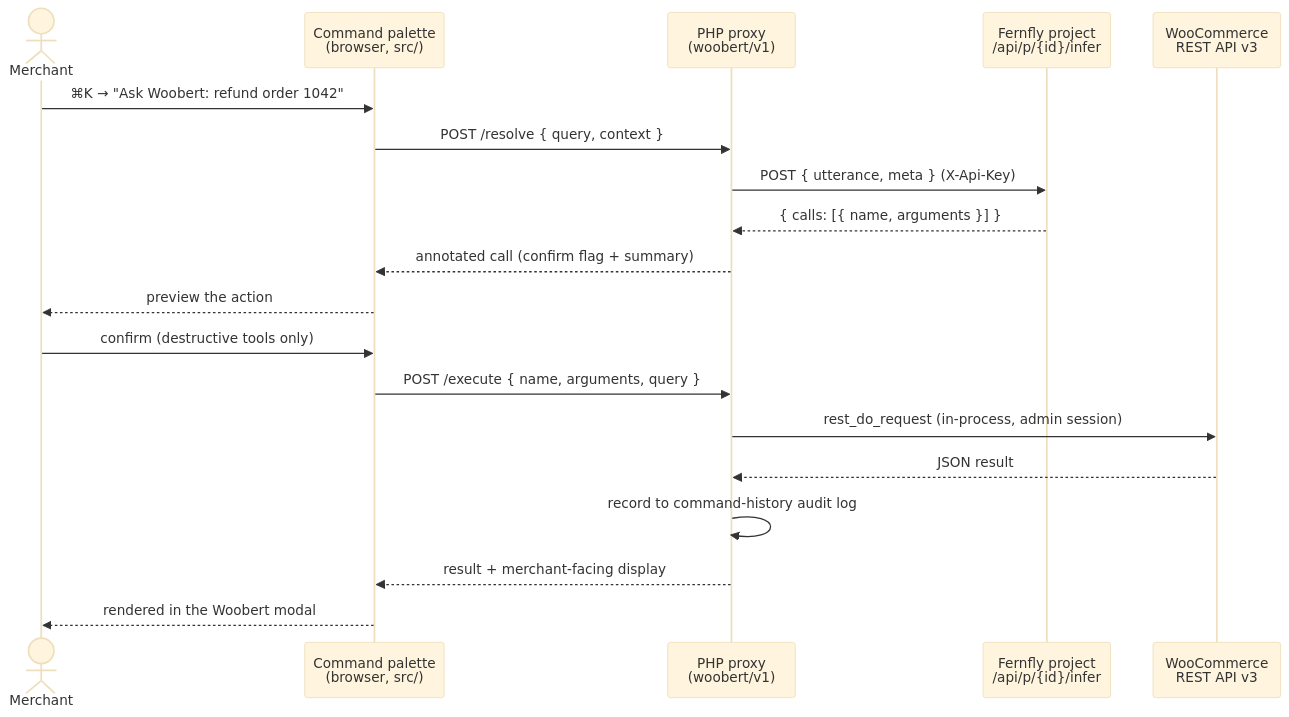
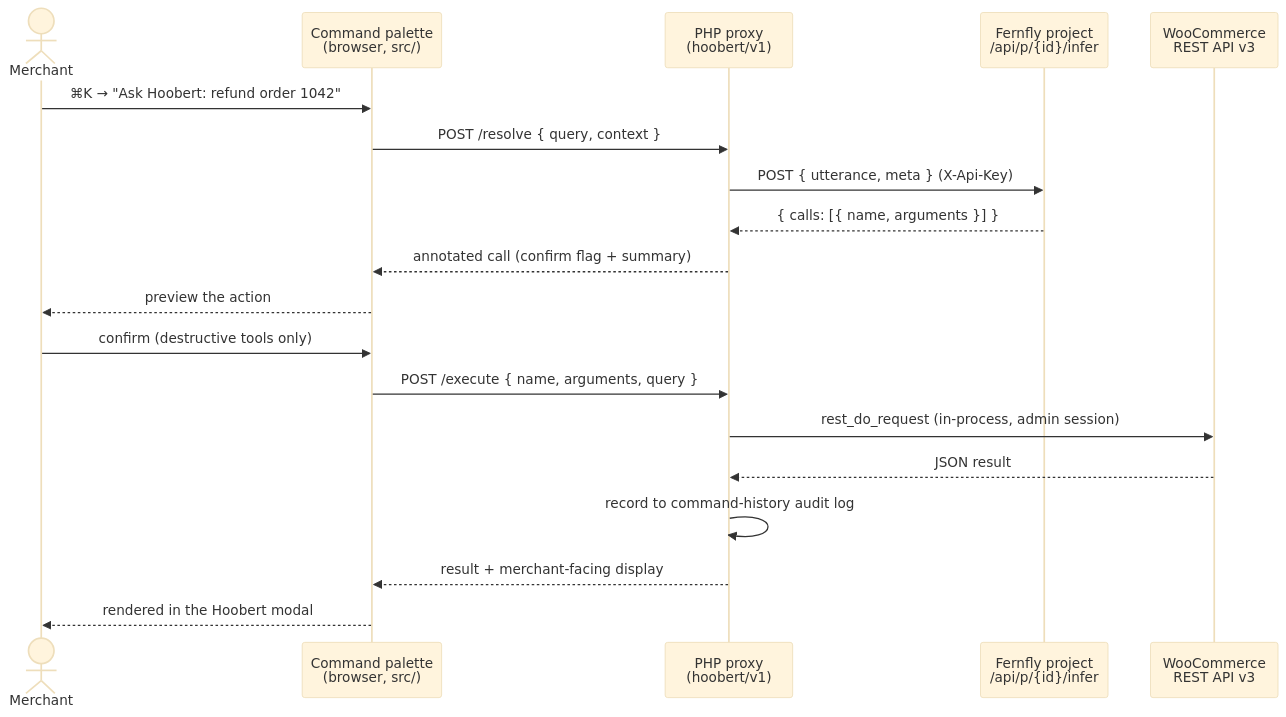
One commit to anu-rock/woobert changed the diagram in README.md. Above: the diagram before and after it, drawn with Mermaid (base theme). The commit also changed other lines of this file and 41 other files, not shown here.

````diff
--- a/README.md
+++ b/README.md
@@ -24,22 +24,22 @@
 ```mermaid
 sequenceDiagram
     actor M as Merchant
     participant UI as Command palette<br/>(browser, src/)
-    participant Proxy as PHP proxy<br/>(woobert/v1)
+    participant Proxy as PHP proxy<br/>(hoobert/v1)
     participant Fern as Fernfly project<br/>/api/p/{id}/infer
     participant WC as WooCommerce<br/>REST API v3
 
-    M->>UI: ⌘K → "Ask Woobert: refund order 1042"
+    M->>UI: ⌘K → "Ask Hoobert: refund order 1042"
     UI->>Proxy: POST /resolve { query, context }
     Proxy->>Fern: POST { utterance, meta }  (X-Api-Key)
     Fern-->>Proxy: { calls: [{ name, arguments }] }
     Proxy-->>UI: annotated call (confirm flag + summary)
     UI-->>M: preview the action
     M->>UI: confirm (destructive tools only)
     UI->>Proxy: POST /execute { name, arguments, query }
     Proxy->>WC: rest_do_request (in-process, admin session)
     WC-->>Proxy: JSON result
     Proxy->>Proxy: record to command-history audit log
     Proxy-->>UI: result + merchant-facing display
-    UI-->>M: rendered in the Woobert modal
+    UI-->>M: rendered in the Hoobert modal
 ```
````
